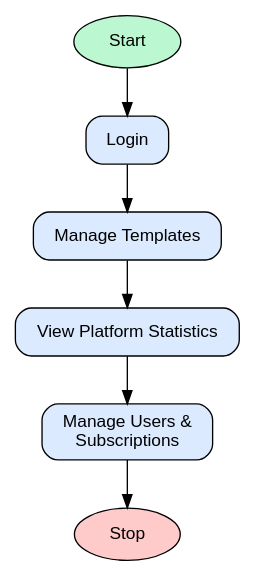
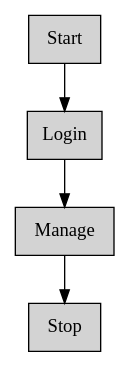
The diagram in thesis/thesis_diagrams/sys_flow_admin.dot (vanshkhandekar/resumegpt), drawn with Graphviz before and after one commit. The commit also changed 149 other files, not shown here.

```diff
--- a/thesis/thesis_diagrams/sys_flow_admin.dot
+++ b/thesis/thesis_diagrams/sys_flow_admin.dot
@@ -1,15 +1,1 @@
-
-digraph {
-  rankdir=TB;
-  node [shape=box, style="rounded,filled", fillcolor="#dbeafe", fontname="Arial", fontsize=13, margin="0.2,0.1"];
-  edge [fontname="Arial", fontsize=11];
-
-  Start [shape=oval, fillcolor="#bbf7d0", label="Start"];
-  Login [label="Login"];
-  ManageTemplates [label="Manage Templates"];
-  ViewStats [label="View Platform Statistics"];
-  ManageUsers [label="Manage Users &\nSubscriptions"];
-  Stop [shape=oval, fillcolor="#fecaca", label="Stop"];
-
-  Start -> Login -> ManageTemplates -> ViewStats -> ManageUsers -> Stop;
-}
+digraph { rankdir=TB; node [shape=box, style=filled]; Start -> Login -> Manage -> Stop; }
```
